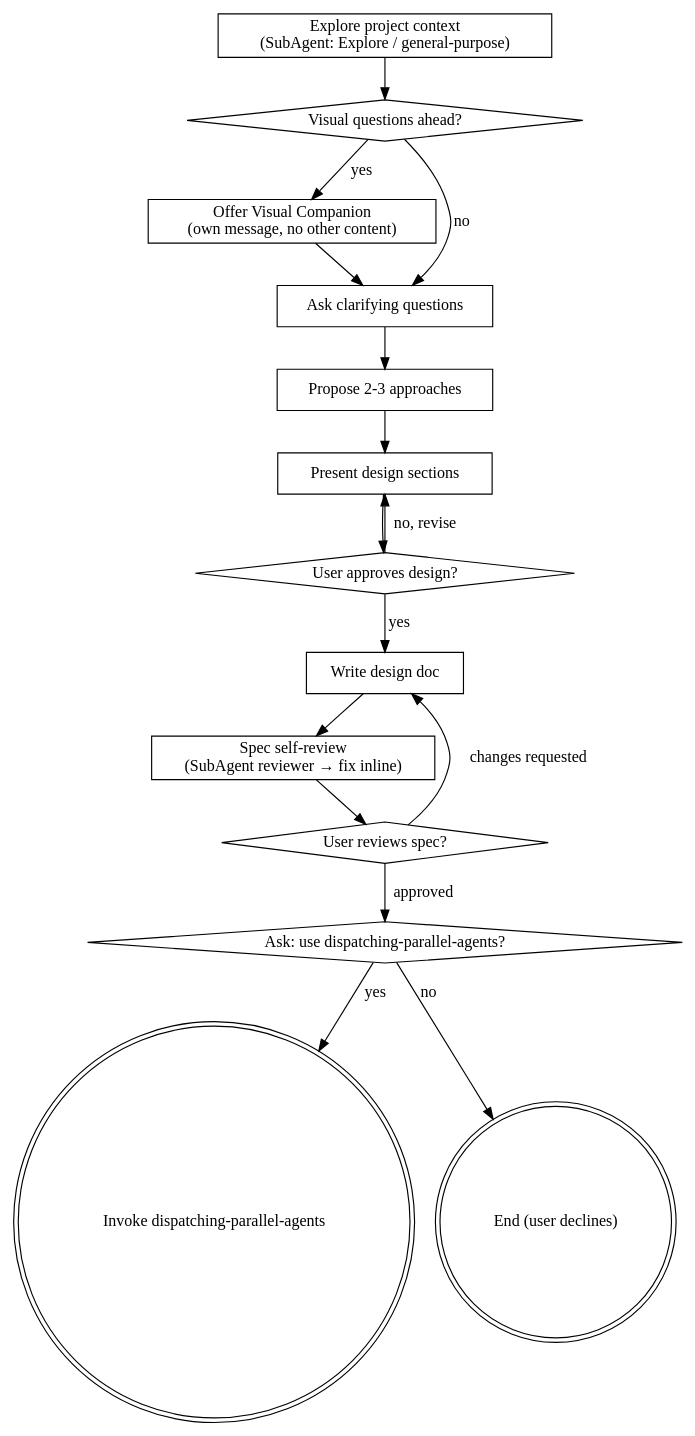
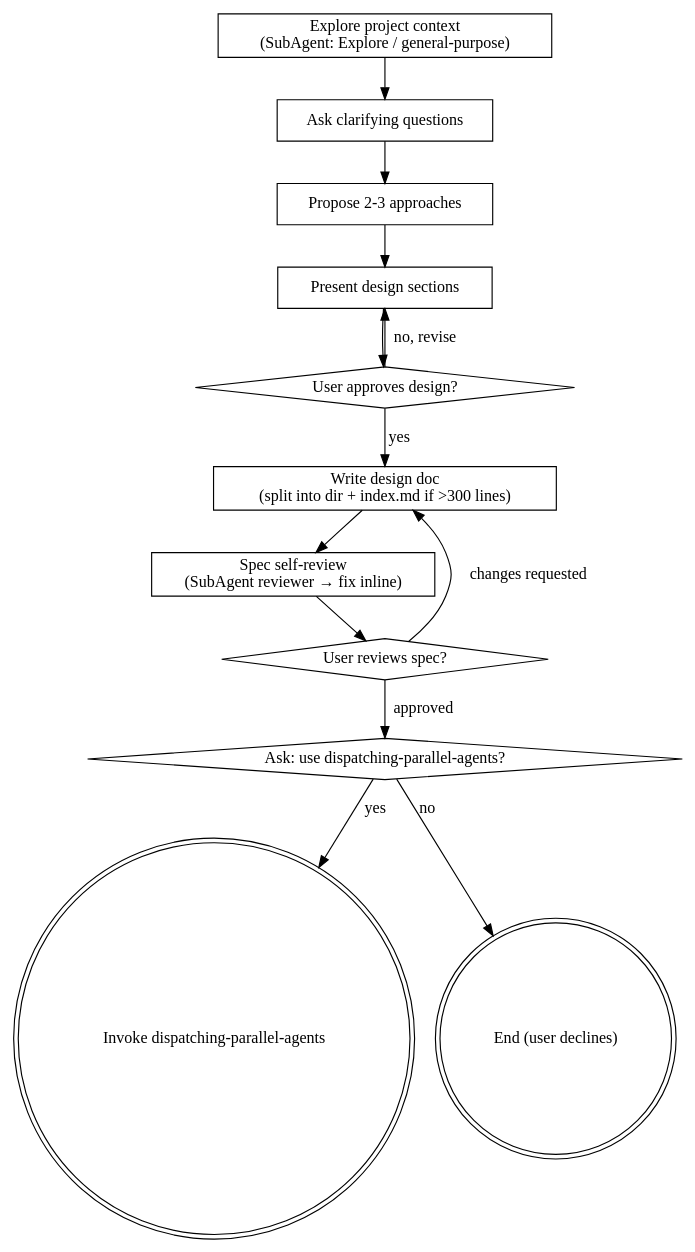
One commit to dark789g-ux/cryptotrading changed the diagram in .claude/skills/brainstorming/SKILL.md. Above: the diagram before and after it, drawn with Graphviz. The commit also changed other lines of this file and 3 other files, not shown here.

````diff
--- a/.claude/skills/brainstorming/SKILL.md
+++ b/.claude/skills/brainstorming/SKILL.md
@@ -36,33 +35,28 @@
 ```dot
 digraph brainstorming {
     "Explore project context\n(SubAgent: Explore / general-purpose)" [shape=box];
-    "Visual questions ahead?" [shape=diamond];
-    "Offer Visual Companion\n(own message, no other content)" [shape=box];
     "Ask clarifying questions" [shape=box];
     "Propose 2-3 approaches" [shape=box];
     "Present design sections" [shape=box];
     "User approves design?" [shape=diamond];
-    "Write design doc" [shape=box];
+    "Write design doc\n(split into dir + index.md if >300 lines)" [shape=box];
     "Spec self-review\n(SubAgent reviewer → fix inline)" [shape=box];
     "User reviews spec?" [shape=diamond];
     "Ask: use dispatching-parallel-agents?" [shape=diamond];
     "Invoke dispatching-parallel-agents" [shape=doublecircle];
     "End (user declines)" [shape=doublecircle];
 
-    "Explore project context\n(SubAgent: Explore / general-purpose)" -> "Visual questions ahead?";
-    "Visual questions ahead?" -> "Offer Visual Companion\n(own message, no other content)" [label="yes"];
-    "Visual questions ahead?" -> "Ask clarifying questions" [label="no"];
-    "Offer Visual Companion\n(own message, no other content)" -> "Ask clarifying questions";
+    "Explore project context\n(SubAgent: Explore / general-purpose)" -> "Ask clarifying questions";
     "Ask clarifying questions" -> "Propose 2-3 approaches";
     "Propose 2-3 approaches" -> "Present design sections";
     "Present design sections" -> "User approves design?";
     "User approves design?" -> "Present design sections" [label="no, revise"];
-    "User approves design?" -> "Write design doc" [label="yes"];
-    "Write design doc" -> "Spec self-review\n(SubAgent reviewer → fix inline)";
+    "User approves design?" -> "Write design doc\n(split into dir + index.md if >300 lines)" [label="yes"];
+    "Write design doc\n(split into dir + index.md if >300 lines)" -> "Spec self-review\n(SubAgent reviewer → fix inline)";
     "Spec self-review\n(SubAgent reviewer → fix inline)" -> "User reviews spec?";
-    "User reviews spec?" -> "Write design doc" [label="changes requested"];
+    "User reviews spec?" -> "Write design doc\n(split into dir + index.md if >300 lines)" [label="changes requested"];
     "User reviews spec?" -> "Ask: use dispatching-parallel-agents?" [label="approved"];
     "Ask: use dispatching-parallel-agents?" -> "Invoke dispatching-parallel-agents" [label="yes"];
     "Ask: use dispatching-parallel-agents?" -> "End (user declines)" [label="no"];
 }
 ```
````
